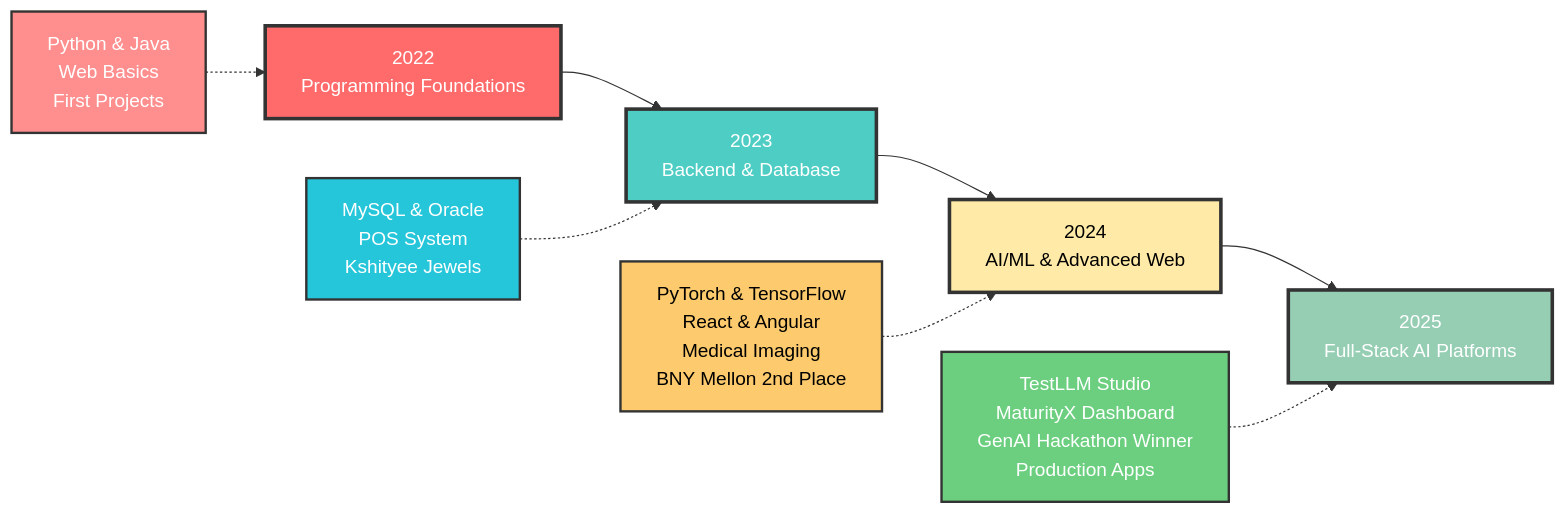
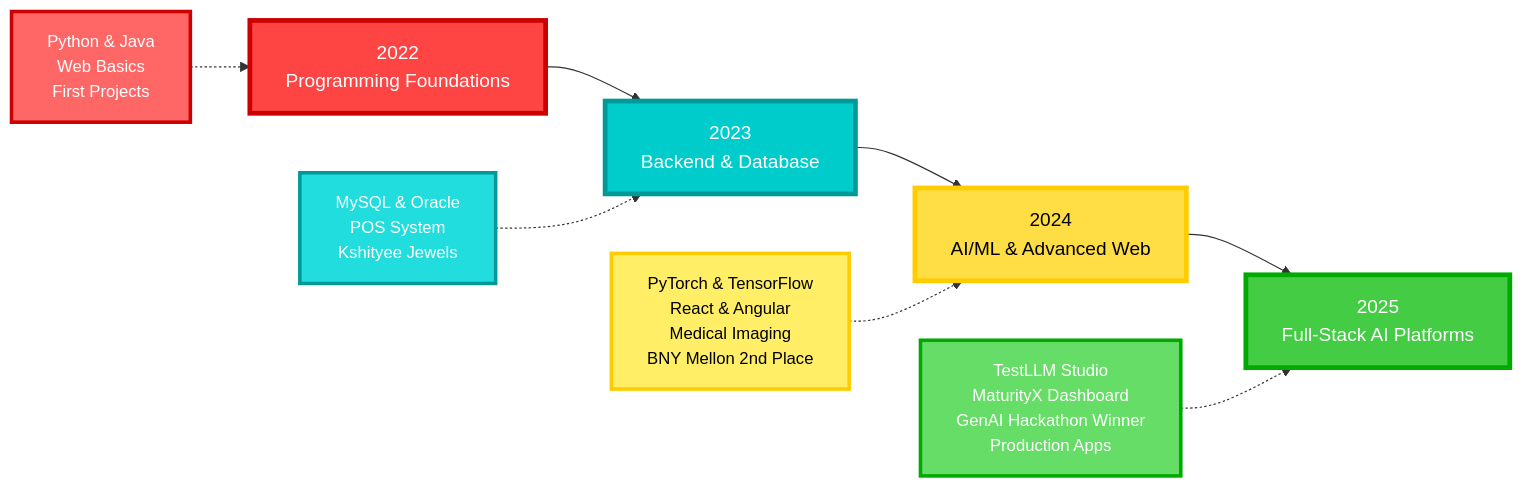
One commit to chinmayee-s-r/chinmayee-s-r changed the diagram in README.md. Above: the diagram before and after it, drawn with Mermaid. The commit also changed other lines of this file, not shown here.

Commit message:
Added Current Positions.md

````diff
--- a/README.md
+++ b/README.md
@@ -21,20 +22,20 @@
 ```mermaid
 graph LR
     A[2022<br/>Programming Foundations] --> B[2023<br/>Backend & Database]
     B --> C[2024<br/>AI/ML & Advanced Web]
     C --> D[2025<br/>Full-Stack AI Platforms]
     
     A1[Python & Java<br/>Web Basics<br/>First Projects] -.-> A
     B1[MySQL & Oracle<br/>POS System<br/>Kshityee Jewels] -.-> B
     C1[PyTorch & TensorFlow<br/>React & Angular<br/>Medical Imaging<br/>BNY Mellon 2nd Place] -.-> C
     D1[TestLLM Studio<br/>MaturityX Dashboard<br/>GenAI Hackathon Winner<br/>Production Apps] -.-> D
     
-    style A fill:#FF6B6B,stroke:#333,stroke-width:3px,color:#fff
-    style B fill:#4ECDC4,stroke:#333,stroke-width:3px,color:#fff
-    style C fill:#FFEAA7,stroke:#333,stroke-width:3px,color:#000
-    style D fill:#96CEB4,stroke:#333,stroke-width:3px,color:#fff
-    style A1 fill:#FF8E8E,stroke:#333,stroke-width:2px,color:#fff
-    style B1 fill:#26C6DA,stroke:#333,stroke-width:2px,color:#fff
-    style C1 fill:#FDCB6E,stroke:#333,stroke-width:2px,color:#000
-    style D1 fill:#6BCF7F,stroke:#333,stroke-width:2px,color:#fff
+    style A fill:#FF4444,stroke:#CC0000,stroke-width:4px,color:#fff,font-size:16px
+    style B fill:#00CCCC,stroke:#009999,stroke-width:4px,color:#fff,font-size:16px
+    style C fill:#FFDD44,stroke:#FFCC00,stroke-width:4px,color:#000,font-size:16px
+    style D fill:#44CC44,stroke:#00AA00,stroke-width:4px,color:#fff,font-size:16px
+    style A1 fill:#FF6666,stroke:#CC0000,stroke-width:3px,color:#fff,font-size:14px
+    style B1 fill:#22DDDD,stroke:#009999,stroke-width:3px,color:#fff,font-size:14px
+    style C1 fill:#FFEE66,stroke:#FFCC00,stroke-width:3px,color:#000,font-size:14px
+    style D1 fill:#66DD66,stroke:#00AA00,stroke-width:3px,color:#fff,font-size:14px
 ```
````
